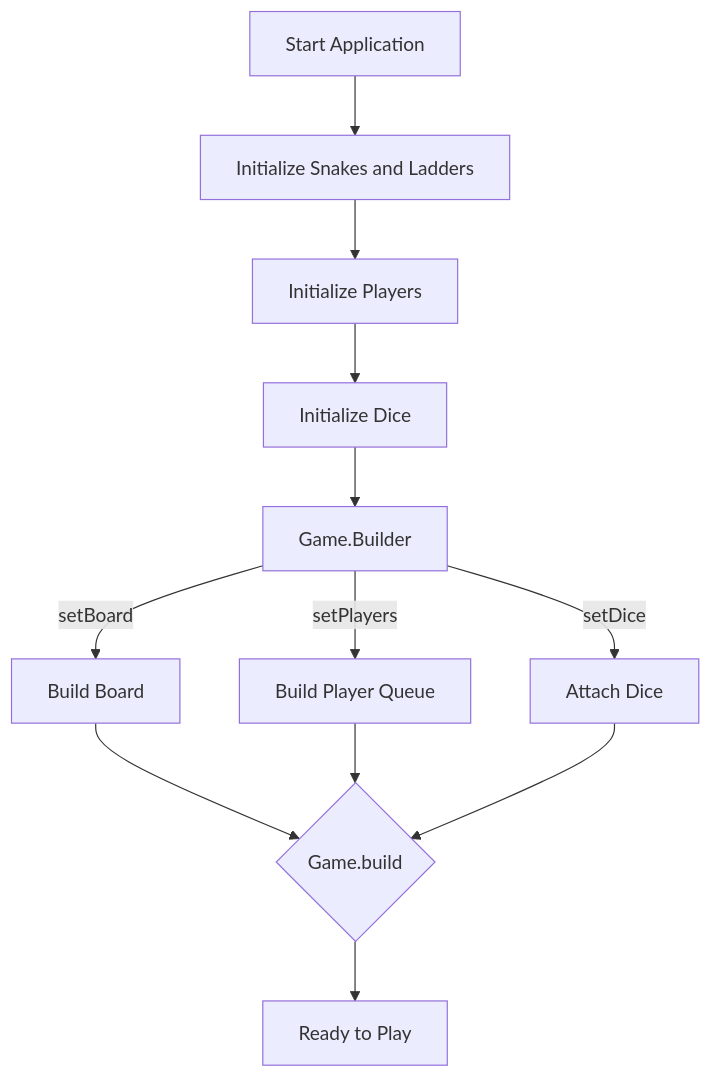
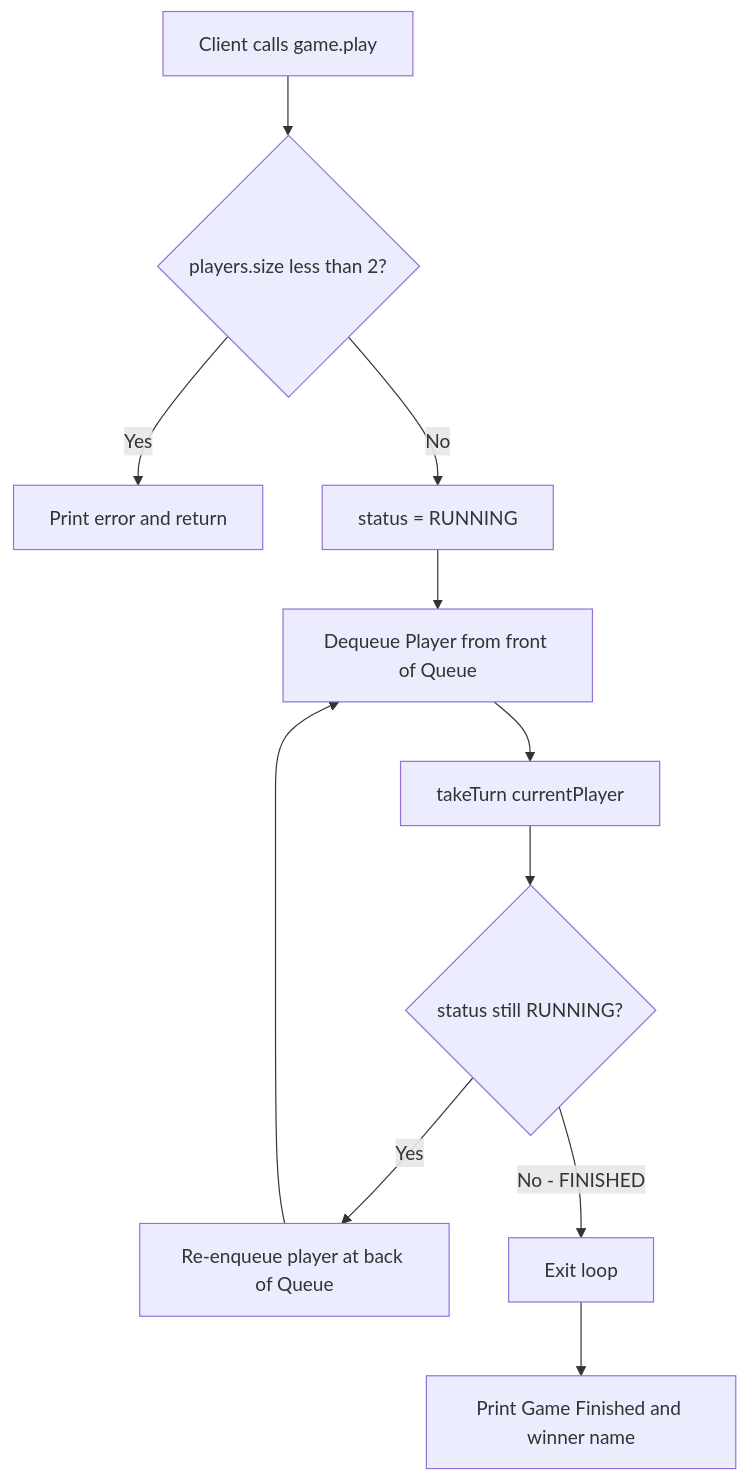
The second of 3 diagrams in solutions/java/src/snakeandladdergame/SnakeAndLadderLLD.md (bhargavtenali/awesome-low-level-design), drawn with Mermaid before and after one commit. The commit also changed other lines of this file, not shown here.

````diff
--- a/solutions/java/src/snakeandladdergame/SnakeAndLadderLLD.md
+++ b/solutions/java/src/snakeandladdergame/SnakeAndLadderLLD.md
@@ -56,14 +144,13 @@
 ```mermaid
-flowchart TD
-    A[Start Application] --> B[Initialize Snakes and Ladders]
-    B --> C[Initialize Players]
-    C --> D[Initialize Dice]
-    D --> E[Game.Builder]
-    E -->|setBoard| F[Build Board]
-    E -->|setPlayers| G[Build Player Queue]
-    E -->|setDice| H[Attach Dice]
-    F --> I{Game.build}
-    G --> I
-    H --> I
-    I --> J[Ready to Play]
+graph TD
+    A[Client calls game.play] --> B{players.size less than 2?}
+    B -->|Yes| C[Print error and return]
+    B -->|No| D[status = RUNNING]
+    D --> E[Dequeue Player from front of Queue]
+    E --> F[takeTurn currentPlayer]
+    F --> G{status still RUNNING?}
+    G -->|Yes| H[Re-enqueue player at back of Queue]
+    H --> E
+    G -->|No - FINISHED| I[Exit loop]
+    I --> J[Print Game Finished and winner name]
 ```
````
